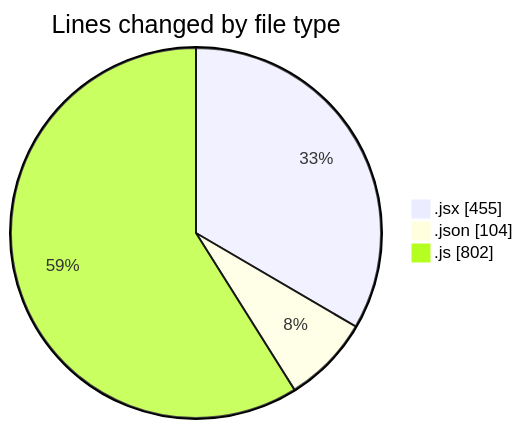
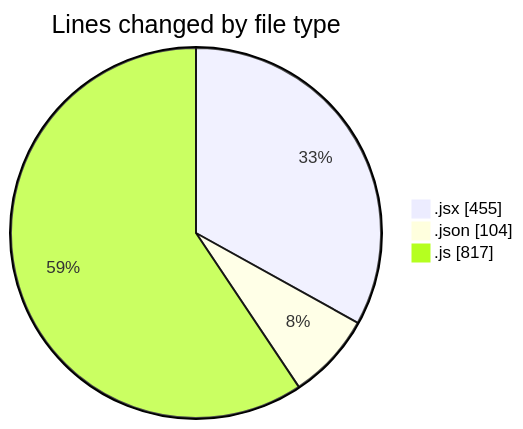
Before and after one commit to momahboobian/code-tracking: the first of 2 diagrams in 2025-05-19/cda/README.md, drawn with Mermaid. The commit also changed other lines of this file and 1 other file, not shown here.

````diff
--- a/2025-05-19/cda/README.md
+++ b/2025-05-19/cda/README.md
@@ -25,7 +25,7 @@
 ```mermaid
 pie showData
 title Lines changed by file type
 ".jsx" : 455
 ".json" : 104
-".js" : 802
+".js" : 817
 ```
````
